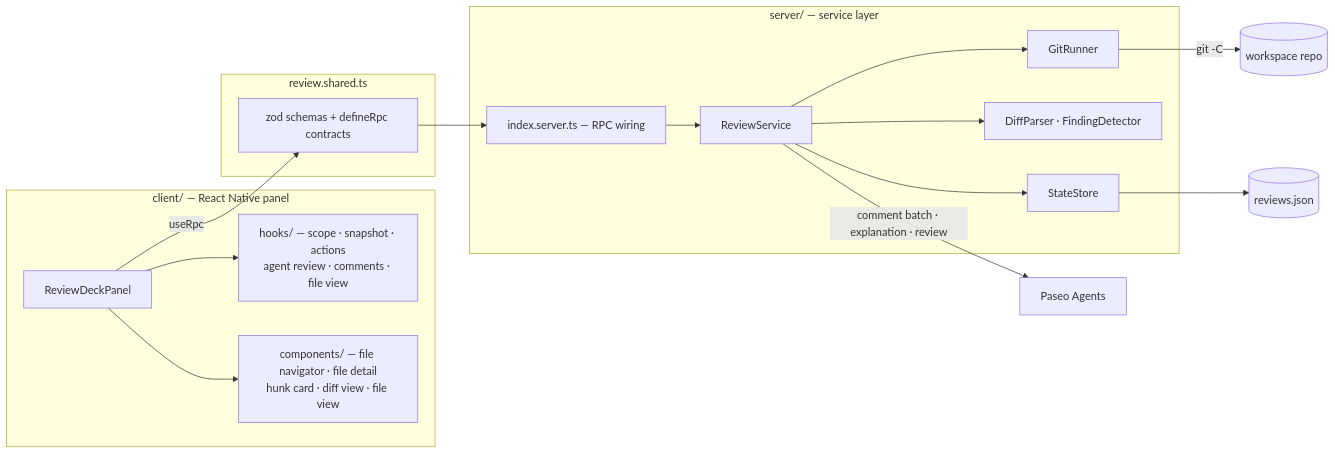
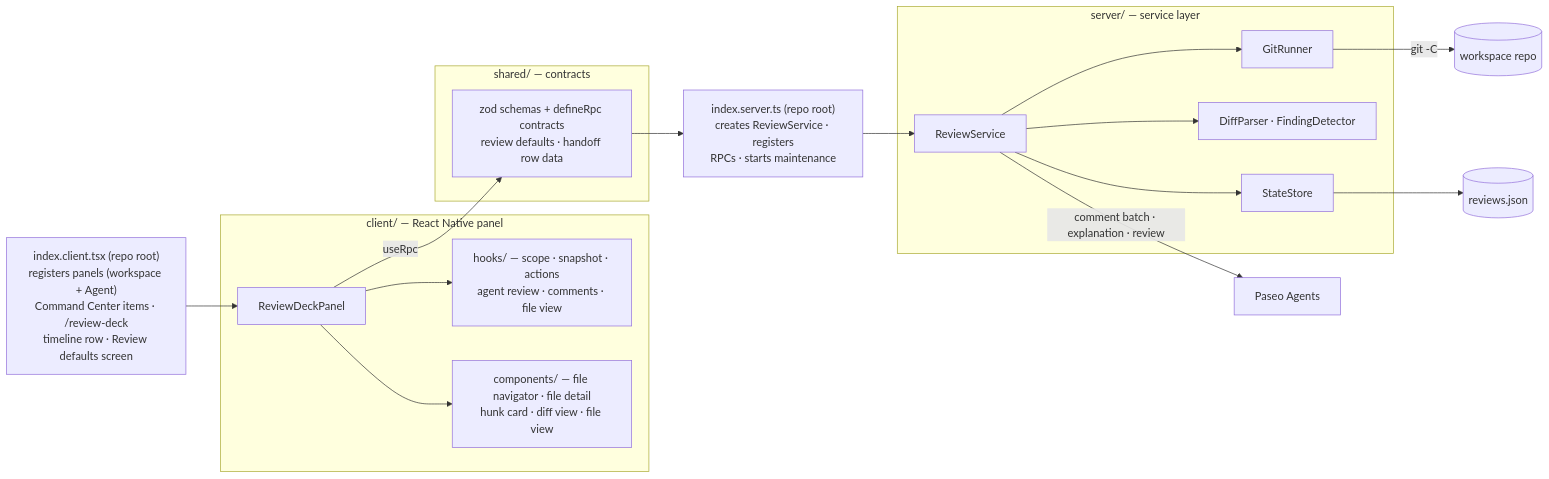
Before and after one commit to mentalfl0w/review-deck: the second of 2 diagrams in README.md, drawn with Mermaid. The commit also changed other lines of this file and 5 other files, not shown here.

Commit message:
feat(plugin): add Agent review surfaces and defaults

````diff
--- a/README.md
+++ b/README.md
@@ -51,36 +54,38 @@
 ```mermaid
 flowchart LR
     subgraph panel["client/ — React Native panel"]
         Panel["ReviewDeckPanel"]
         Hooks["hooks/ — scope · snapshot · actions<br/>agent review · comments · file view"]
         UI["components/ — file navigator · file detail<br/>hunk card · diff view · file view"]
         Panel --> Hooks
         Panel --> UI
     end
 
-    subgraph shared["review.shared.ts"]
-        RPC["zod schemas + defineRpc contracts"]
+    subgraph shared["shared/ — contracts"]
+        RPC["zod schemas + defineRpc contracts<br/>review defaults · handoff row data"]
     end
 
     subgraph server["server/ — service layer"]
-        Wire["index.server.ts — RPC wiring"]
         Svc["ReviewService"]
         Git["GitRunner"]
         Parse["DiffParser · FindingDetector"]
         Store["StateStore"]
-        Wire --> Svc
         Svc --> Git
         Svc --> Parse
         Svc --> Store
     end
 
+    ClientEntry["index.client.tsx (repo root)<br/>registers panels (workspace + Agent)<br/>Command Center items · /review-deck<br/>timeline row · Review defaults screen"]
+    ServerEntry["index.server.ts (repo root)<br/>creates ReviewService · registers<br/>RPCs · starts maintenance"]
     Agents["Paseo Agents"]
     Repo[("workspace repo")]
     State[("reviews.json")]
 
+    ClientEntry --> Panel
     Panel -- "useRpc" --> RPC
-    RPC --> Wire
+    RPC --> ServerEntry
+    ServerEntry --> Svc
     Git -- "git -C <cwd>" --> Repo
     Store --> State
     Svc -- "comment batch · explanation · review" --> Agents
 ```
````
